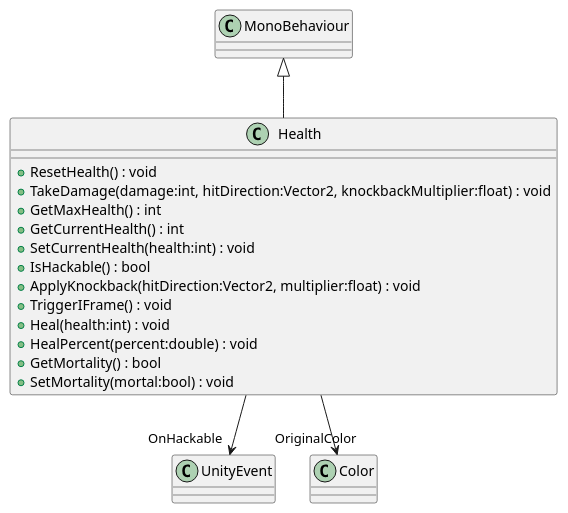
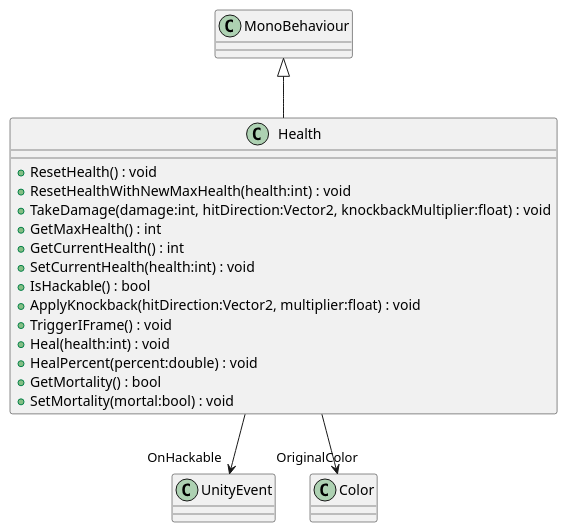
Before and after one commit to KawinM23/TakeControl: the diagram in UML/Combat/Health.puml, drawn with PlantUML. The commit also changed 21 other files, not shown here.

Commit message:
ci: generate uml (Generate UML)

```diff
--- a/UML/Combat/Health.puml
+++ b/UML/Combat/Health.puml
@@ -1,19 +1,20 @@
 @startuml
 class Health {
     + ResetHealth() : void
+    + ResetHealthWithNewMaxHealth(health:int) : void
     + TakeDamage(damage:int, hitDirection:Vector2, knockbackMultiplier:float) : void
     + GetMaxHealth() : int
     + GetCurrentHealth() : int
     + SetCurrentHealth(health:int) : void
     + IsHackable() : bool
     + ApplyKnockback(hitDirection:Vector2, multiplier:float) : void
     + TriggerIFrame() : void
     + Heal(health:int) : void
     + HealPercent(percent:double) : void
     + GetMortality() : bool
     + SetMortality(mortal:bool) : void
 }
 MonoBehaviour <|-- Health
 Health --> "OnHackable" UnityEvent
 Health --> "OriginalColor" Color
 @enduml
```
